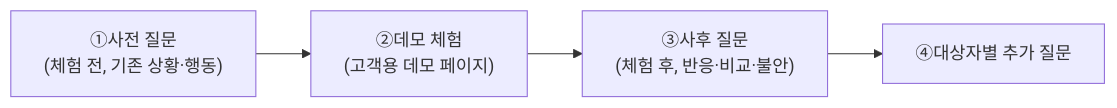
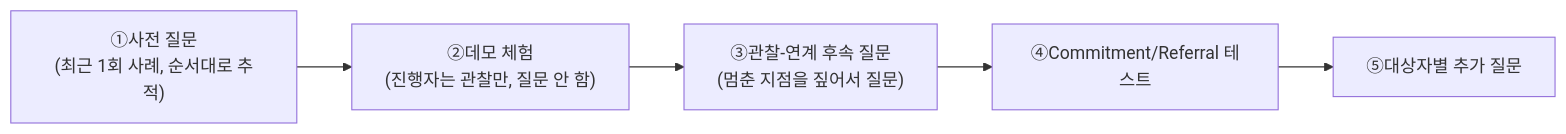
Before and after one commit to jennie-brain/idea: the diagram in Industry and Business Analysis/07-2 - 데모체험 인터뷰 문항지.md, drawn with Mermaid. The commit also changed other lines of this file, not shown here.

````diff
--- a/Industry and Business Analysis/07-2 - 데모체험 인터뷰 문항지.md
+++ b/Industry and Business Analysis/07-2 - 데모체험 인터뷰 문항지.md
@@ -48,6 +65,7 @@
 ```mermaid
 flowchart LR
-    A["①사전 질문<br/>(체험 전, 기존 상황·행동)"] --> B["②데모 체험<br/>(고객용 데모 페이지)"]
-    B --> C["③사후 질문<br/>(체험 후, 반응·비교·불안)"]
-    C --> D["④대상자별 추가 질문"]
+    A["①사전 질문<br/>(최근 1회 사례, 순서대로 추적)"] --> B["②데모 체험<br/>(진행자는 관찰만, 질문 안 함)"]
+    B --> C["③관찰-연계 후속 질문<br/>(멈춘 지점을 짚어서 질문)"]
+    C --> D["④Commitment/Referral 테스트"]
+    D --> E["⑤대상자별 추가 질문"]
 ```
````
